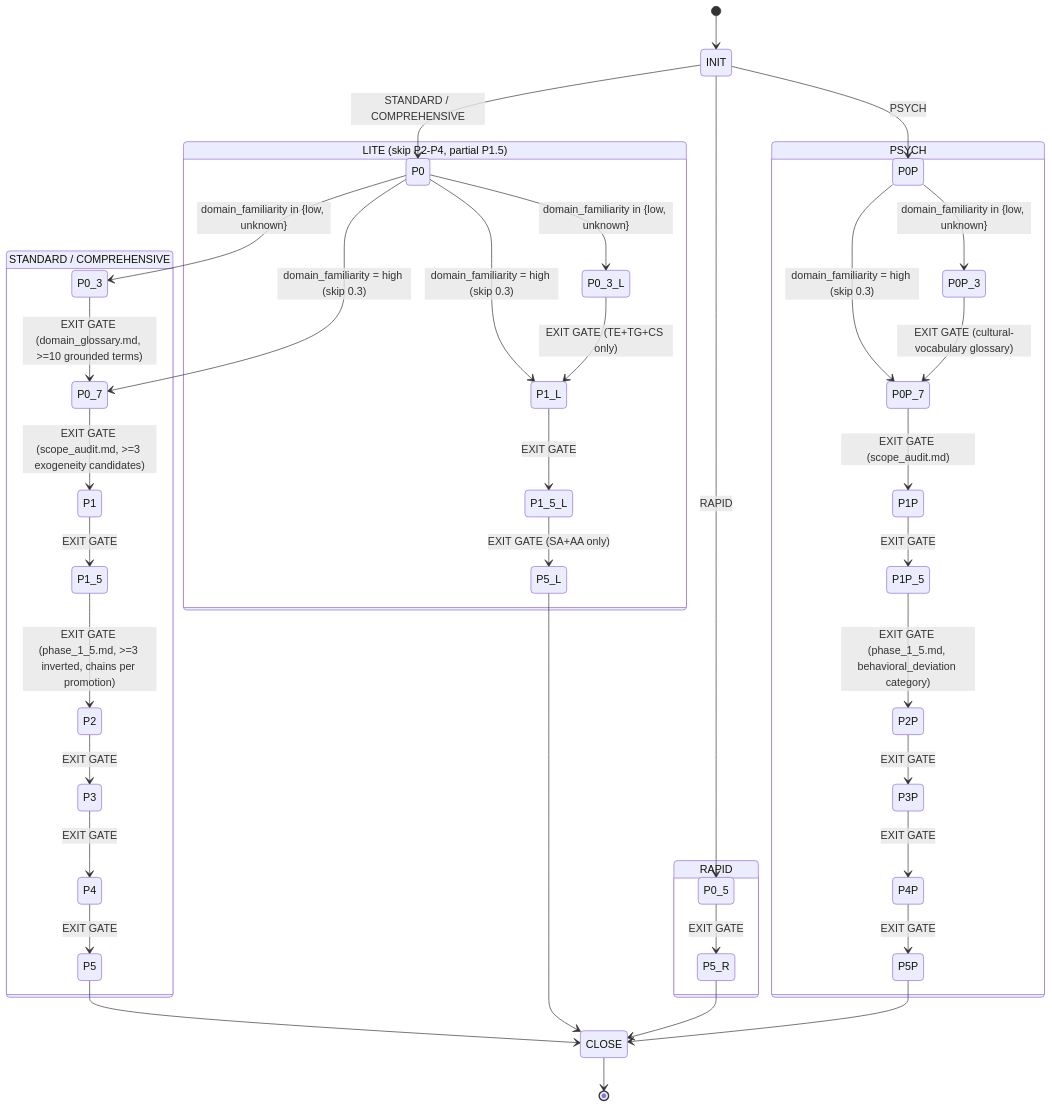
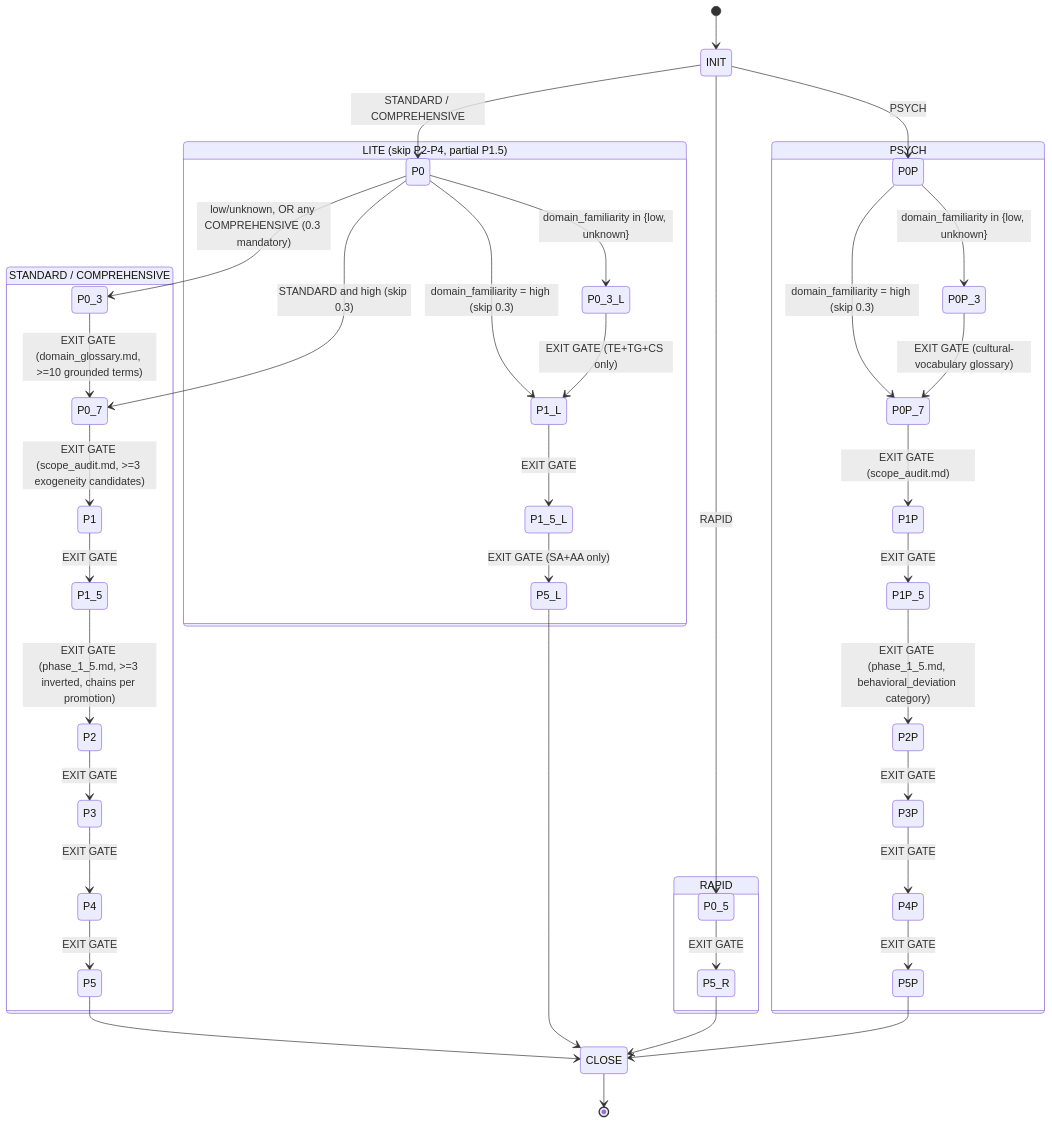
One commit to NikolasMarkou/epistemic-deconstructor changed the diagram in src/SKILL.md. Above: the diagram before and after it, drawn with Mermaid.

Commit message:
[iter-1/step-7] D-06: fix FSM stateDiagram so COMPREHENSIVE never shows skip-0.3 (0.3 mandatory); align diagram with SKIPPABLE code + Phase Summary

````diff
--- a/src/SKILL.md
+++ b/src/SKILL.md
@@ -225,49 +225,49 @@
 ```mermaid
 stateDiagram-v2
     [*] --> INIT
     INIT --> P0 : STANDARD / COMPREHENSIVE
     INIT --> P0_5 : RAPID
     INIT --> P0P : PSYCH
 
     state "STANDARD / COMPREHENSIVE" as std {
-        P0 --> P0_3 : domain_familiarity in {low, unknown}
-        P0 --> P0_7 : domain_familiarity = high (skip 0.3)
+        P0 --> P0_3 : low/unknown, OR any COMPREHENSIVE (0.3 mandatory)
+        P0 --> P0_7 : STANDARD and high (skip 0.3)
         P0_3 --> P0_7 : EXIT GATE (domain_glossary.md, >=10 grounded terms)
         P0_7 --> P1 : EXIT GATE (scope_audit.md, >=3 exogeneity candidates)
         P1 --> P1_5 : EXIT GATE
         P1_5 --> P2 : EXIT GATE (phase_1_5.md, >=3 inverted, chains per promotion)
         P2 --> P3 : EXIT GATE
         P3 --> P4 : EXIT GATE
         P4 --> P5 : EXIT GATE
     }
 
     state "LITE (skip P2-P4, partial P1.5)" as lite {
         P0 --> P0_3_L : domain_familiarity in {low, unknown}
         P0 --> P1_L : domain_familiarity = high (skip 0.3)
         P0_3_L --> P1_L : EXIT GATE (TE+TG+CS only)
         P1_L --> P1_5_L : EXIT GATE
         P1_5_L --> P5_L : EXIT GATE (SA+AA only)
     }
 
     state "RAPID" as rapid {
         P0_5 --> P5_R : EXIT GATE
     }
 
     state "PSYCH" as psych {
         P0P --> P0P_3 : domain_familiarity in {low, unknown}
         P0P --> P0P_7 : domain_familiarity = high (skip 0.3)
         P0P_3 --> P0P_7 : EXIT GATE (cultural-vocabulary glossary)
         P0P_7 --> P1P : EXIT GATE (scope_audit.md)
         P1P --> P1P_5 : EXIT GATE
         P1P_5 --> P2P : EXIT GATE (phase_1_5.md, behavioral_deviation category)
         P2P --> P3P : EXIT GATE
         P3P --> P4P : EXIT GATE
         P4P --> P5P : EXIT GATE
     }
 
     P5 --> CLOSE
     P5_L --> CLOSE
     P5_R --> CLOSE
     P5P --> CLOSE
     CLOSE --> [*]
 ```
````
